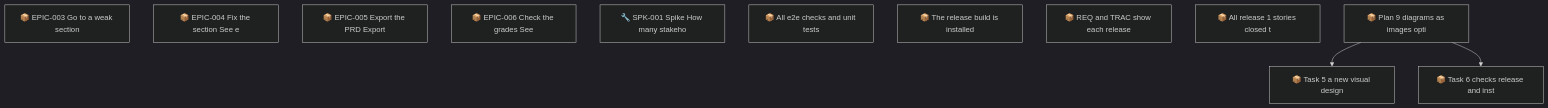
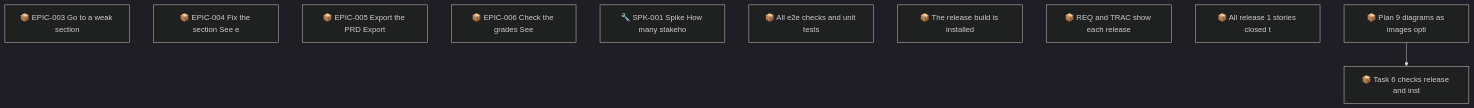
One commit to SpillwaveSolutions/prd-forge-viewer changed the second of 2 diagrams in docs/roadmap.md. Above: the diagram before and after it, drawn with Mermaid (dark theme). The commit also changed other lines of this file and 10 other files, not shown here.

First line of the commit message:
feat: a new visual design for the viewer

````diff
--- a/docs/roadmap.md
+++ b/docs/roadmap.md
@@ -93,17 +90,15 @@
 ```mermaid
 graph TD
     01M61XNJQPA0F7H1BG56ERNJ3P["📦 EPIC-003 Go to a weak section"]
     01M61XNK50616FWM0WZ4FGWGEB["📦 EPIC-004 Fix the section See e"]
     01M61XNK9MPMV0RAEKPX0JC3K4["📦 EPIC-005 Export the PRD Export"]
     01M61XNM7GHPSJ1B96BCHA59ZE["📦 EPIC-006 Check the grades See"]
     01M61XNM9NY7F4D4V7400J56X9["🔧 SPK-001 Spike How many stakeho"]
     01M62C7REGCD2R415FMWFCZMV8["📦 All e2e checks and unit tests"]
     01M62C7REGCD2R415FMWFCZMVA["📦 The release build is installed"]
     01M62C7REHN9N2P8Z19K0EPA0F["📦 REQ and TRAC show each release"]
     01M62C7REHN9N2P8Z19K0EPA0H["📦 All release 1 stories closed t"]
     01M6700RY14BFZCYD4FGHJYB7Q["📦 Plan 9 diagrams as images opti"]
-    01M6700RYF3F05QEDN2V10MPTK["📦 Task 5 a new visual design"]
     01M6700RYF3F05QEDN2V10MPTN["📦 Task 6 checks release and inst"]
-    01M6700RY14BFZCYD4FGHJYB7Q --> 01M6700RYF3F05QEDN2V10MPTK
     01M6700RY14BFZCYD4FGHJYB7Q --> 01M6700RYF3F05QEDN2V10MPTN
 ```
````
